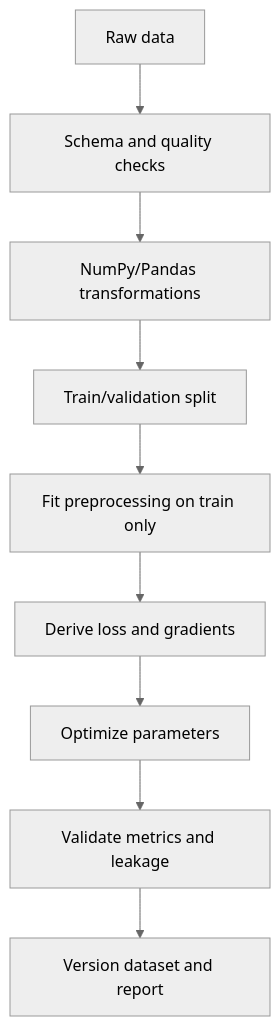
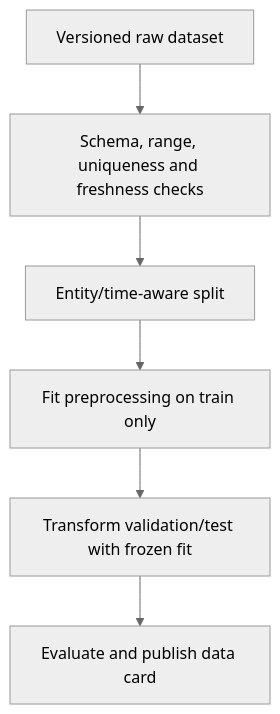
Before and after one commit to ashvins1912/AI-Engineering-Academy: the sixth of 6 diagrams in docs/deep-dives/01-mathematics-python-data.md, drawn with Mermaid (neutral theme). The commit also changed other lines of this file, not shown here.

````diff
--- a/docs/deep-dives/01-mathematics-python-data.md
+++ b/docs/deep-dives/01-mathematics-python-data.md
@@ -46,11 +177,8 @@
 ```mermaid
 flowchart TD
-  A[Raw data] --> B[Schema and quality checks]
-  B --> C[NumPy/Pandas transformations]
-  C --> D[Train/validation split]
-  D --> E[Fit preprocessing on train only]
-  E --> F[Derive loss and gradients]
-  F --> G[Optimize parameters]
-  G --> H[Validate metrics and leakage]
-  H --> I[Version dataset and report]
+ D["Versioned raw dataset"] --> Q["Schema, range, uniqueness and freshness checks"]
+ Q --> S["Entity/time-aware split"]
+ S --> T["Fit preprocessing on train only"]
+ T --> V["Transform validation/test with frozen fit"]
+ V --> E["Evaluate and publish data card"]
 ```
````
